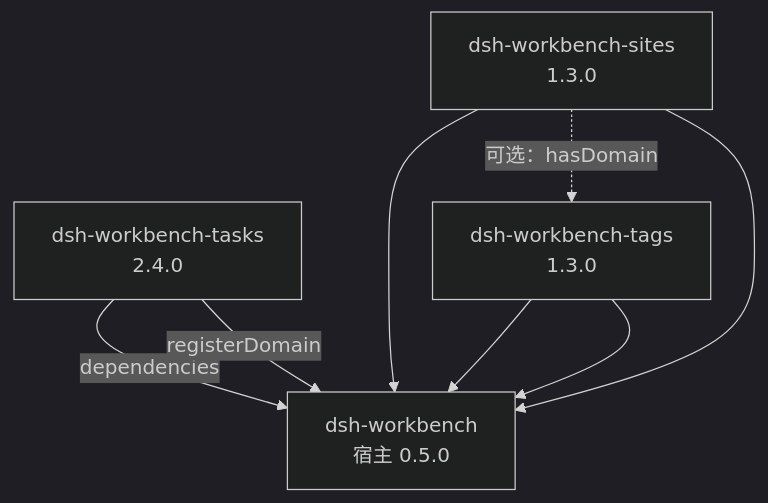
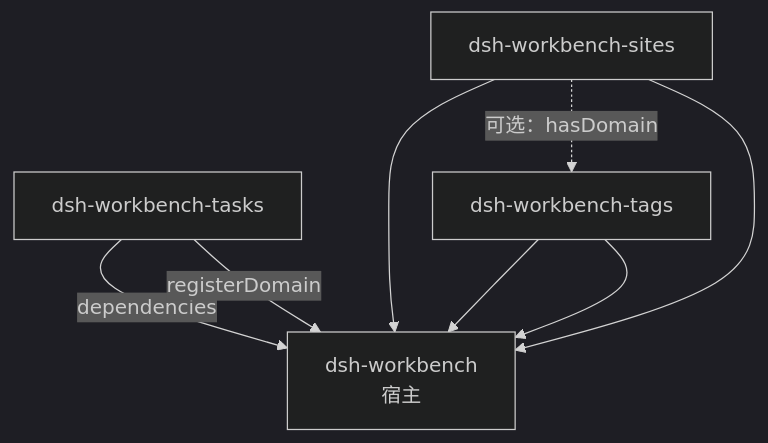
The first of 2 diagrams in docs/04-子插件体系.md (ityyq777/dsh-workbench-source), drawn with Mermaid (dark theme) before and after one commit. The commit also changed other lines of this file and 28 other files, not shown here.

First line of the commit message:
feat(clients): 业务插件各自打包 lucide-react 图标

````diff
--- a/docs/04-子插件体系.md
+++ b/docs/04-子插件体系.md
@@ -25,14 +25,14 @@
 ```mermaid
 flowchart TB
-  H["dsh-workbench<br/>宿主 0.5.0"]
-  T["dsh-workbench-tasks<br/>2.4.0"]
-  G["dsh-workbench-tags<br/>1.3.0"]
-  S["dsh-workbench-sites<br/>1.3.0"]
+  H["dsh-workbench<br/>宿主"]
+  T["dsh-workbench-tasks"]
+  G["dsh-workbench-tags"]
+  S["dsh-workbench-sites"]
   T -->|"dependencies"| H
   G --> H
   S --> H
   S -.->|"可选：hasDomain"| G
   T -->|"registerDomain"| H
   G --> H
   S --> H
 ```
````
